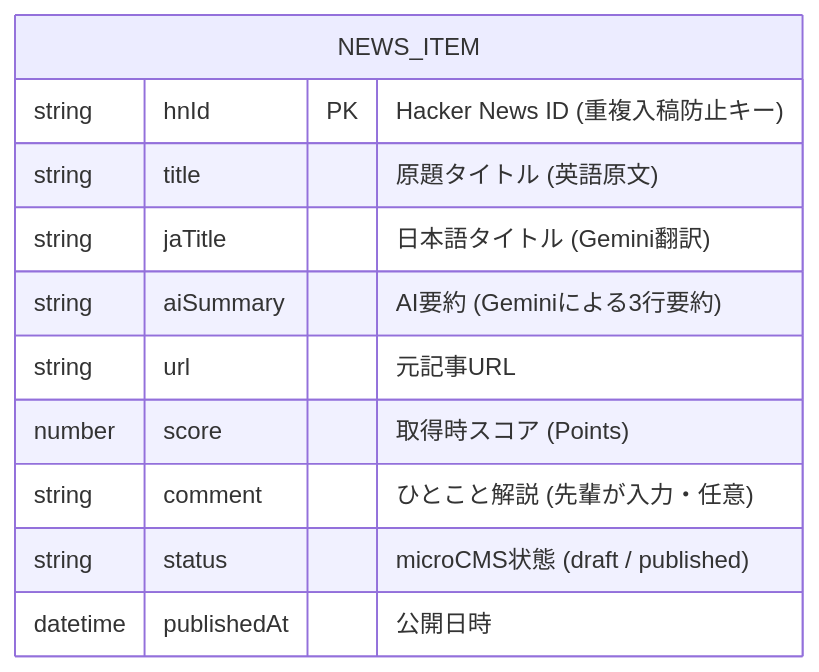
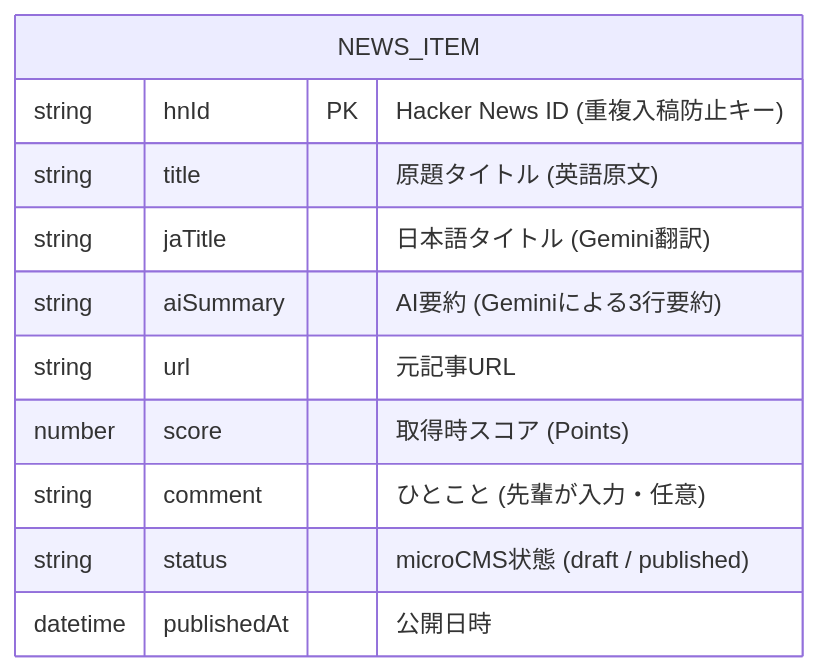
The fourth of 4 diagrams in docs/architecture.md (blacpans/hnmc), drawn with Mermaid before and after one commit. The commit also changed other lines of this file, not shown here.

First line of the commit message:
docs(architecture): 📝 最新の実装に合わせてアーキテクチャ設計書を更新したじゃんね！📐✨

````diff
--- a/docs/architecture.md
+++ b/docs/architecture.md
@@ -148,14 +157,14 @@
 ```mermaid
 erDiagram
     NEWS_ITEM {
         string hnId PK "Hacker News ID (重複入稿防止キー)"
         string title "原題タイトル (英語原文)"
         string jaTitle "日本語タイトル (Gemini翻訳)"
         string aiSummary "AI要約 (Geminiによる3行要約)"
         string url "元記事URL"
         number score "取得時スコア (Points)"
-        string comment "ひとこと解説 (先輩が入力・任意)"
+        string comment "ひとこと (先輩が入力・任意)"
         string status "microCMS状態 (draft / published)"
         datetime publishedAt "公開日時"
     }
 ```
````
